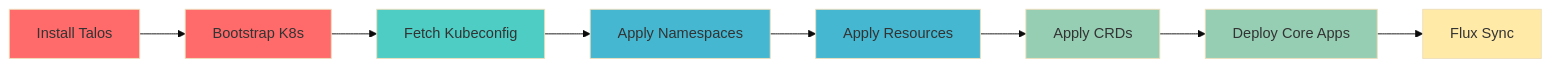
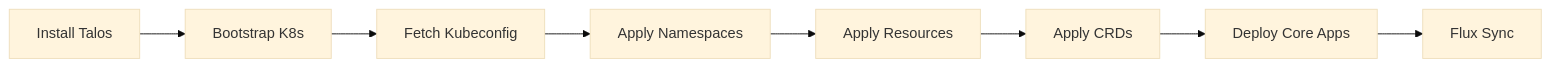
One commit to tscibilia/home-ops changed the diagram in docs/infrastructure/overview.md. Above: the diagram before and after it, drawn with Mermaid (base theme). The commit also changed 9 other files, not shown here.

````diff
--- a/docs/infrastructure/overview.md
+++ b/docs/infrastructure/overview.md
@@ -127,19 +127,10 @@
 ```mermaid
 graph LR
     A[Install Talos] --> B[Bootstrap K8s]
     B --> C[Fetch Kubeconfig]
     C --> D[Apply Namespaces]
     D --> E[Apply Resources]
     E --> F[Apply CRDs]
     F --> G[Deploy Core Apps]
     G --> H[Flux Sync]
-
-    style A fill:#ff6b6b
-    style B fill:#ff6b6b
-    style C fill:#4ecdc4
-    style D fill:#45b7d1
-    style E fill:#45b7d1
-    style F fill:#96ceb4
-    style G fill:#96ceb4
-    style H fill:#ffeaa7
 ```
````
